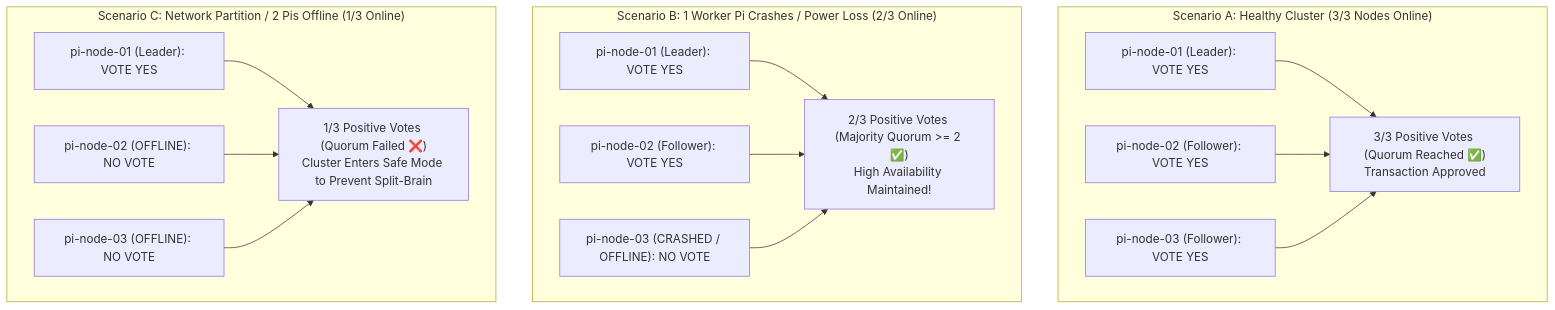
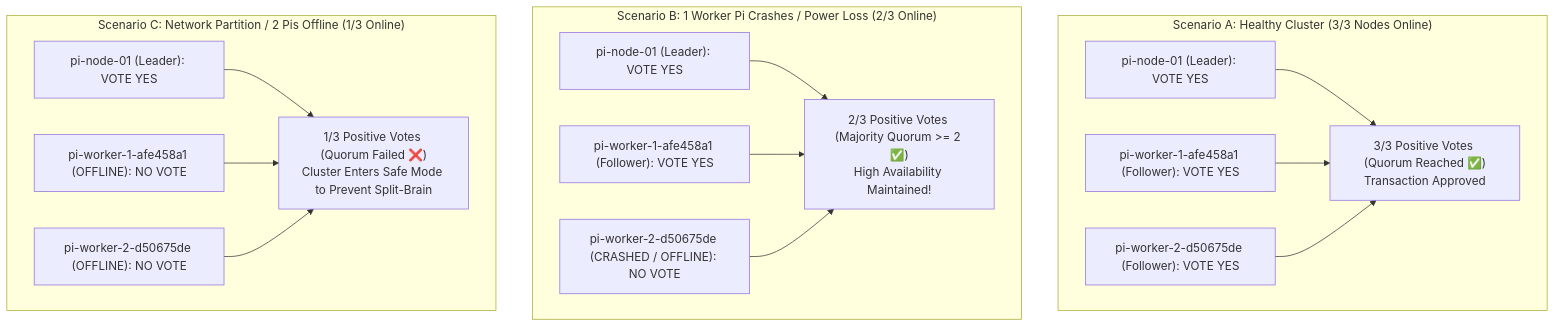
Before and after one commit to AslouneYahya/blockchain-cloud-platform: the seventh of 10 diagrams in docs/ARCHITECTURE_DIAGRAMS.md, drawn with Mermaid. The commit also changed other lines of this file and 12 other files, not shown here.

Commit message:
docs: comprehensive academic README and architecture diagrams embedding all 10 production screenshots in screenshots/bc

````diff
--- a/docs/ARCHITECTURE_DIAGRAMS.md
+++ b/docs/ARCHITECTURE_DIAGRAMS.md
@@ -272,23 +272,23 @@
 ```mermaid
 flowchart TD
     subgraph ScenarioA["Scenario A: Healthy Cluster (3/3 Nodes Online)"]
         A_Leader["pi-node-01 (Leader): VOTE YES"]
-        A_W1["pi-node-02 (Follower): VOTE YES"]
-        A_W2["pi-node-03 (Follower): VOTE YES"]
+        A_W1["pi-worker-1-afe458a1 (Follower): VOTE YES"]
+        A_W2["pi-worker-2-d50675de (Follower): VOTE YES"]
         A_Leader & A_W1 & A_W2 --> A_Result["3/3 Positive Votes (Quorum Reached ✅)<br/>Transaction Approved"]
     end
 
     subgraph ScenarioB["Scenario B: 1 Worker Pi Crashes / Power Loss (2/3 Online)"]
         B_Leader["pi-node-01 (Leader): VOTE YES"]
-        B_W1["pi-node-02 (Follower): VOTE YES"]
-        B_W2["pi-node-03 (CRASHED / OFFLINE): NO VOTE"]
+        B_W1["pi-worker-1-afe458a1 (Follower): VOTE YES"]
+        B_W2["pi-worker-2-d50675de (CRASHED / OFFLINE): NO VOTE"]
         B_Leader & B_W1 & B_W2 --> B_Result["2/3 Positive Votes (Majority Quorum >= 2 ✅)<br/>High Availability Maintained!"]
     end
 
     subgraph ScenarioC["Scenario C: Network Partition / 2 Pis Offline (1/3 Online)"]
         C_Leader["pi-node-01 (Leader): VOTE YES"]
-        C_W1["pi-node-02 (OFFLINE): NO VOTE"]
-        C_W2["pi-node-03 (OFFLINE): NO VOTE"]
+        C_W1["pi-worker-1-afe458a1 (OFFLINE): NO VOTE"]
+        C_W2["pi-worker-2-d50675de (OFFLINE): NO VOTE"]
         C_Leader & C_W1 & C_W2 --> C_Result["1/3 Positive Votes (Quorum Failed ❌)<br/>Cluster Enters Safe Mode to Prevent Split-Brain"]
     end
 ```
````
